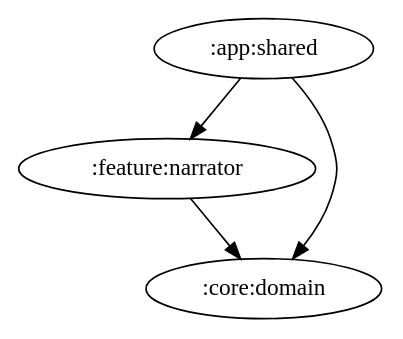
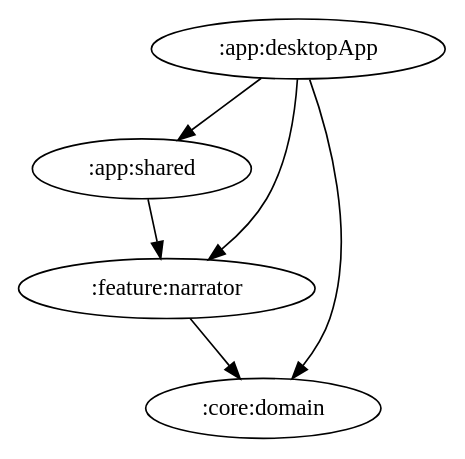
Before and after one commit to ai-kurou/KoDriver: the diagram in docs/graphs/feature-narrator.gv, drawn with Graphviz. The commit also changed 17 other files, not shown here.

Commit message:
chore: update module graph images [skip ci]

```diff
--- a/docs/graphs/feature-narrator.gv
+++ b/docs/graphs/feature-narrator.gv
@@ -1,5 +1,7 @@
 digraph G {
+  ":app:desktopApp" -> ":app:shared"
+  ":app:desktopApp" -> ":core:domain"
+  ":app:desktopApp" -> ":feature:narrator"
   ":app:shared" -> ":feature:narrator"
-  ":app:shared" -> ":core:domain"
   ":feature:narrator" -> ":core:domain"
 }
```
